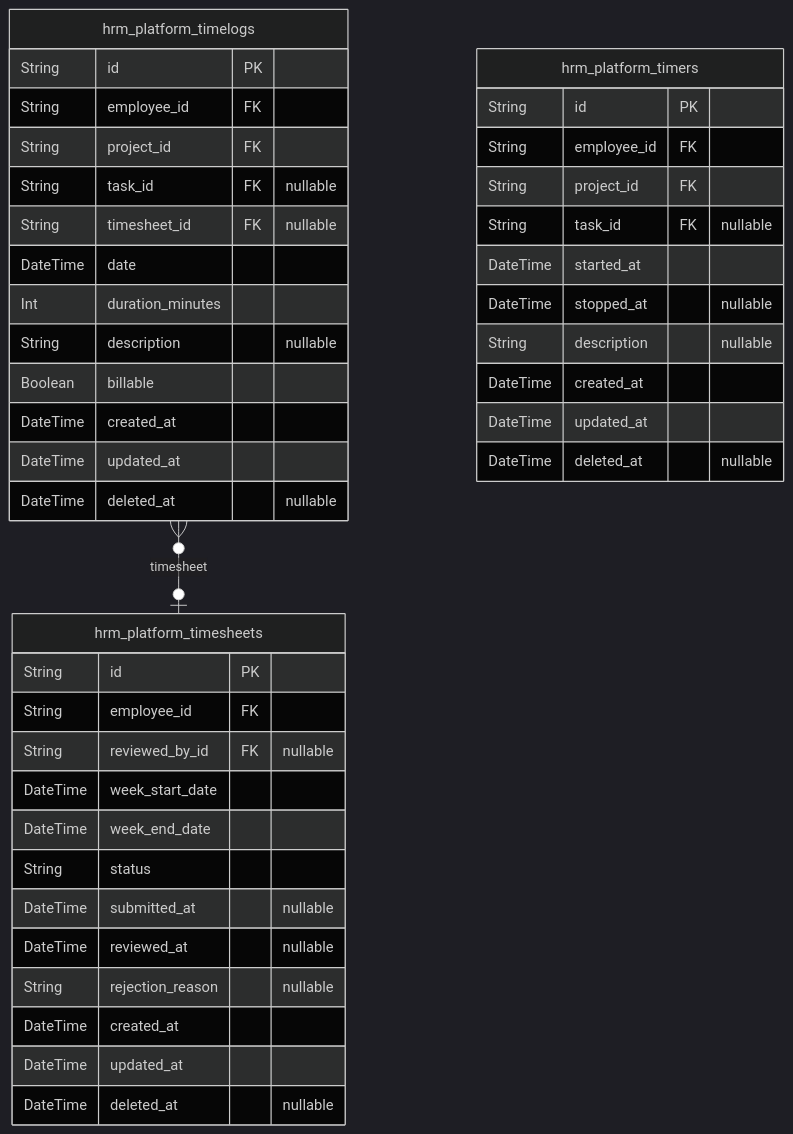
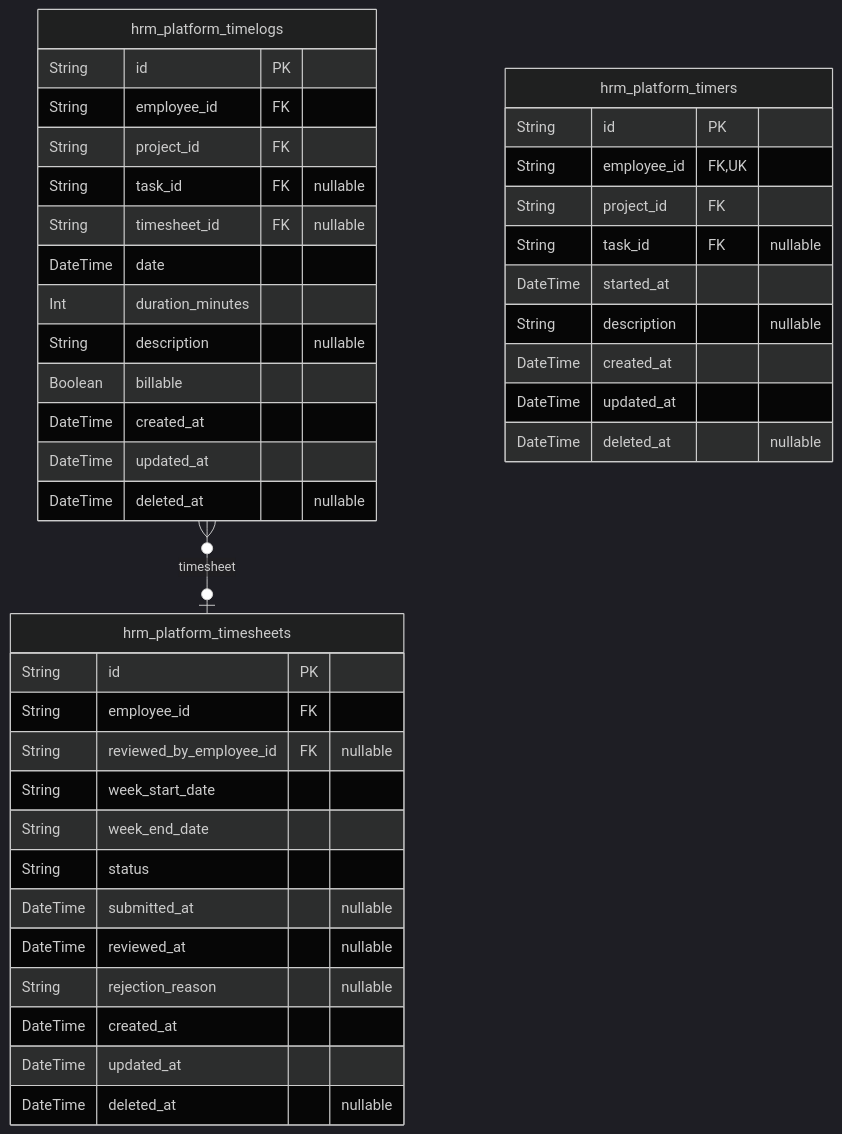
The fifth of 6 diagrams in qwen/qwen3.5-397b-a17b/erp/docs/ERD.md (wrtnlabs/autobe-examples), drawn with Mermaid (dark theme) before and after one commit. The commit also changed other lines of this file and 9017 other files, not shown here.

````diff
--- a/qwen/qwen3.5-397b-a17b/erp/docs/ERD.md
+++ b/qwen/qwen3.5-397b-a17b/erp/docs/ERD.md
@@ -776,44 +610,43 @@
 ```mermaid
 erDiagram
 "hrm_platform_timelogs" {
   String id PK
   String employee_id FK
   String project_id FK
   String task_id FK "nullable"
   String timesheet_id FK "nullable"
   DateTime date
   Int duration_minutes
   String description "nullable"
   Boolean billable
   DateTime created_at
   DateTime updated_at
   DateTime deleted_at "nullable"
 }
 "hrm_platform_timesheets" {
   String id PK
   String employee_id FK
-  String reviewed_by_id FK "nullable"
-  DateTime week_start_date
-  DateTime week_end_date
+  String reviewed_by_employee_id FK "nullable"
+  String week_start_date
+  String week_end_date
   String status
   DateTime submitted_at "nullable"
   DateTime reviewed_at "nullable"
   String rejection_reason "nullable"
   DateTime created_at
   DateTime updated_at
   DateTime deleted_at "nullable"
 }
 "hrm_platform_timers" {
   String id PK
-  String employee_id FK
+  String employee_id FK,UK
   String project_id FK
   String task_id FK "nullable"
   DateTime started_at
-  DateTime stopped_at "nullable"
   String description "nullable"
   DateTime created_at
   DateTime updated_at
   DateTime deleted_at "nullable"
 }
 "hrm_platform_timelogs" }o--o| "hrm_platform_timesheets" : timesheet
 ```
````
